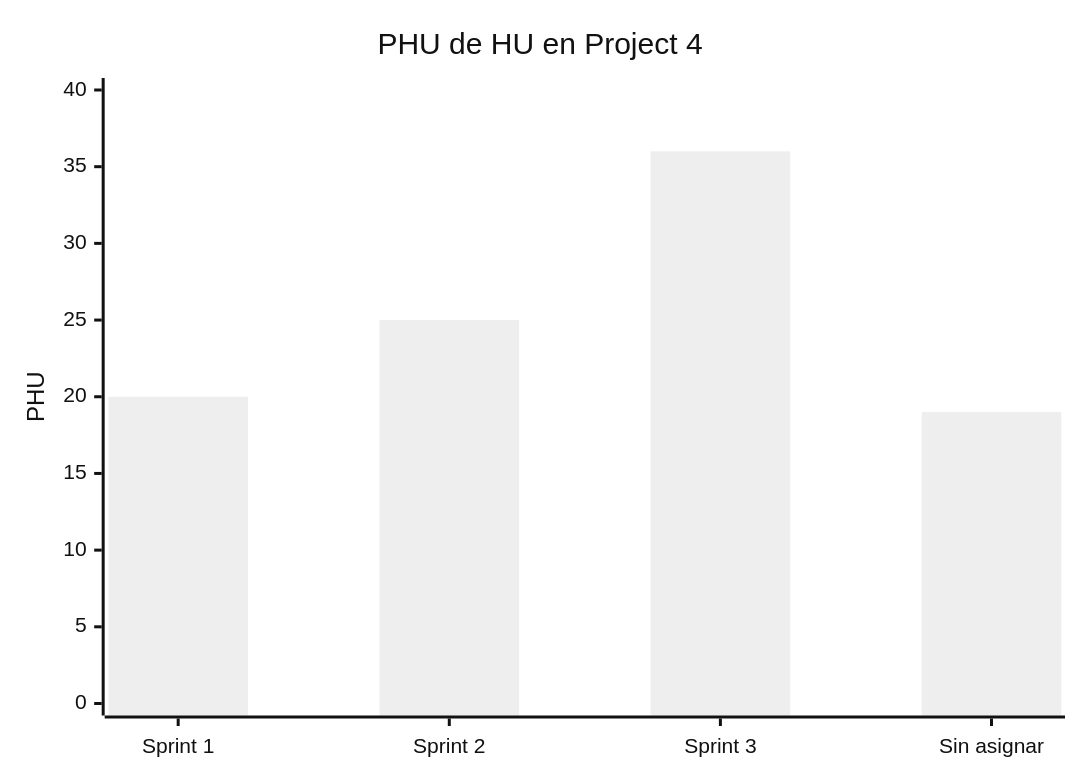
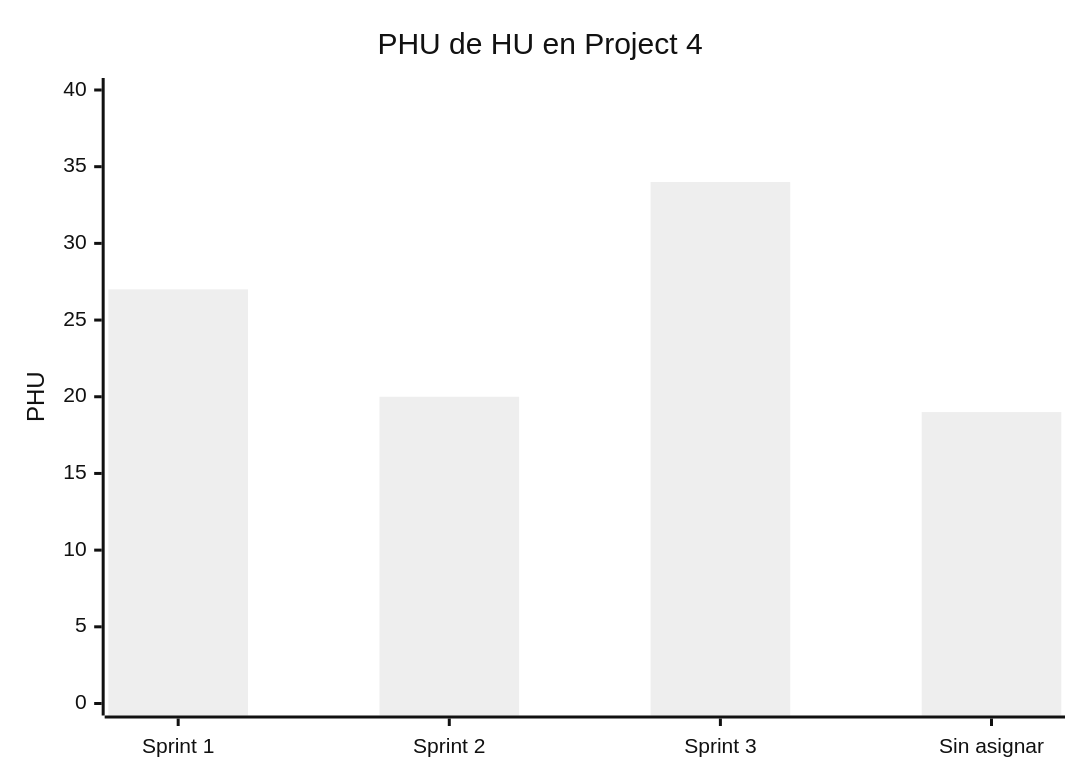
One commit to lfnavarroj1/sport-app-platform changed the third of 3 diagrams in project/registro-sprints.md. Above: the diagram before and after it, drawn with Mermaid (neutral theme). The commit also changed other lines of this file and 41 other files, not shown here.

````diff
--- a/project/registro-sprints.md
+++ b/project/registro-sprints.md
@@ -77,7 +85,7 @@
 ```mermaid
 xychart-beta
     title "PHU de HU en Project 4"
     x-axis ["Sprint 1", "Sprint 2", "Sprint 3", "Sin asignar"]
     y-axis "PHU" 0 --> 40
-    bar [20, 25, 36, 19]
+    bar [27, 20, 34, 19]
 ```
````
